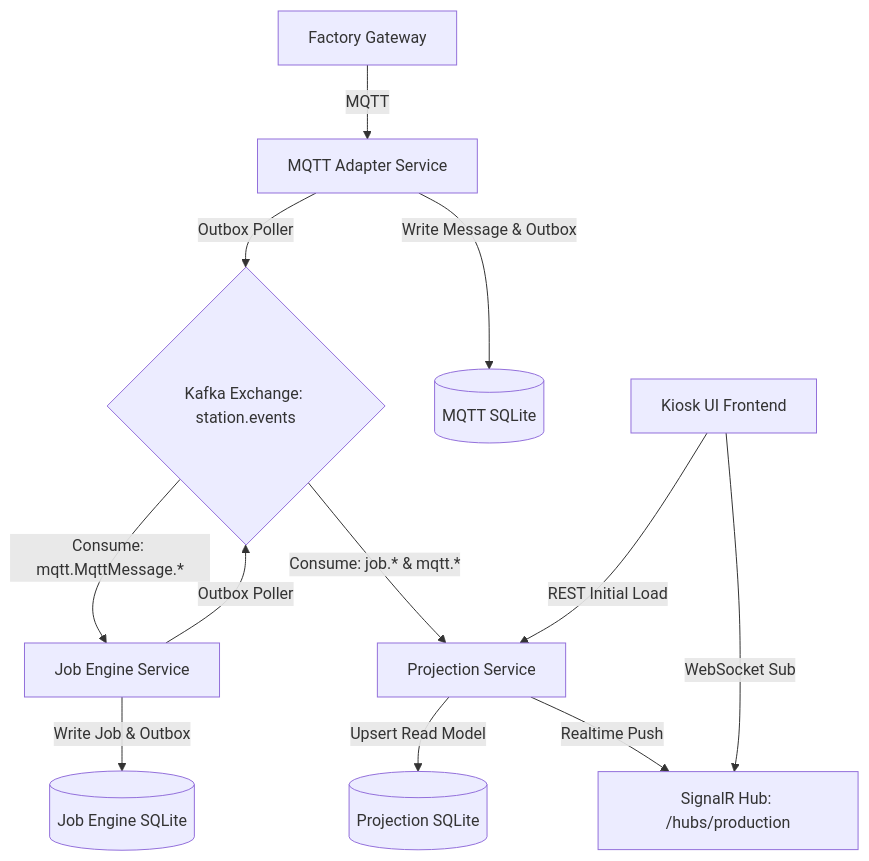
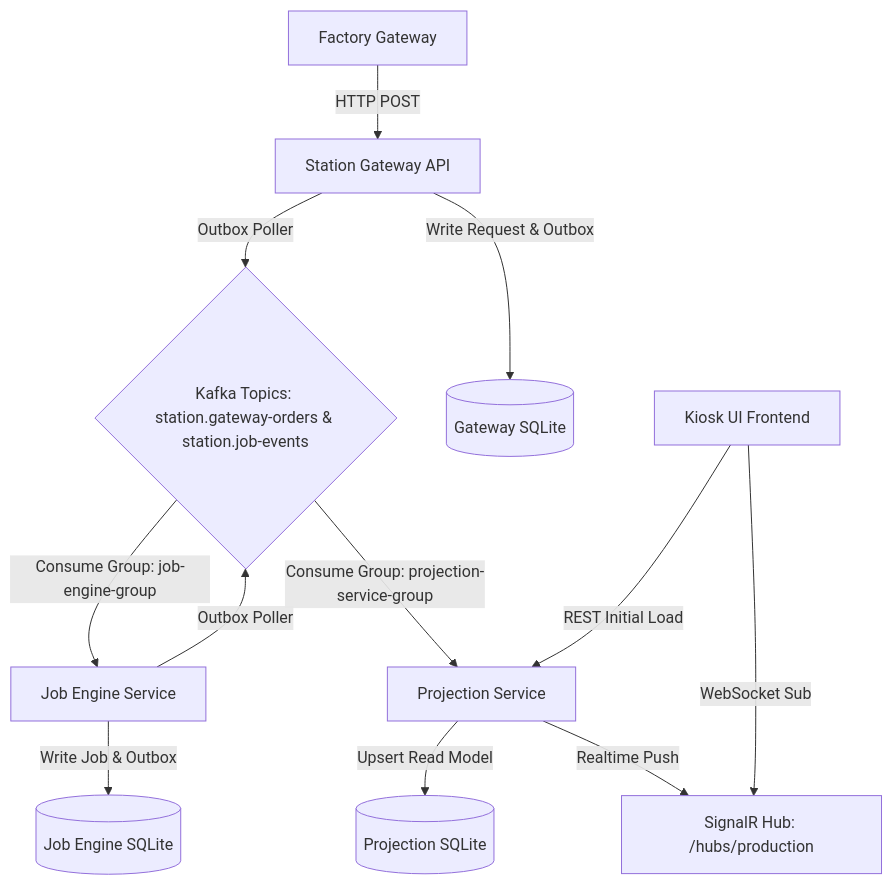
The diagram in print-marking/station-agent/ai-docs/architecture-overview.md (hoabui-dot/mes-ricoh-system), drawn with Mermaid before and after one commit. The commit also changed other lines of this file and 296 other files, not shown here.

````diff
--- a/print-marking/station-agent/ai-docs/architecture-overview.md
+++ b/print-marking/station-agent/ai-docs/architecture-overview.md
@@ -7,35 +7,35 @@
 ```mermaid
 graph TD
     %% Services
     FG[Factory Gateway]
-    MA[MQTT Adapter Service]
+    SG[Station Gateway API]
     JE[Job Engine Service]
     PS[Projection Service]
     KUI[Kiosk UI Frontend]
 
     %% Databases
-    DB_MA[(MQTT SQLite)]
+    DB_SG[(Gateway SQLite)]
     DB_JE[(Job Engine SQLite)]
     DB_PS[(Projection SQLite)]
 
     %% Message Brokers / WebSockets
-    RMQ{Kafka Exchange: station.events}
+    KFK{Kafka Topics: station.gateway-orders & station.job-events}
     SR[SignalR Hub: /hubs/production]
 
     %% Connections
-    FG -->|MQTT| MA
-    MA -->|Write Message & Outbox| DB_MA
-    MA -->|Outbox Poller| RMQ
+    FG -->|HTTP POST| SG
+    SG -->|Write Request & Outbox| DB_SG
+    SG -->|Outbox Poller| KFK
     
-    RMQ -->|Consume: mqtt.MqttMessage.*| JE
-    RMQ -->|Consume: job.* & mqtt.*| PS
+    KFK -->|Consume Group: job-engine-group| JE
+    KFK -->|Consume Group: projection-service-group| PS
     
     JE -->|Write Job & Outbox| DB_JE
-    JE -->|Outbox Poller| RMQ
+    JE -->|Outbox Poller| KFK
     
     PS -->|Upsert Read Model| DB_PS
     PS -->|Realtime Push| SR
     
     KUI -->|WebSocket Sub| SR
     KUI -->|REST Initial Load| PS
 ```
````
